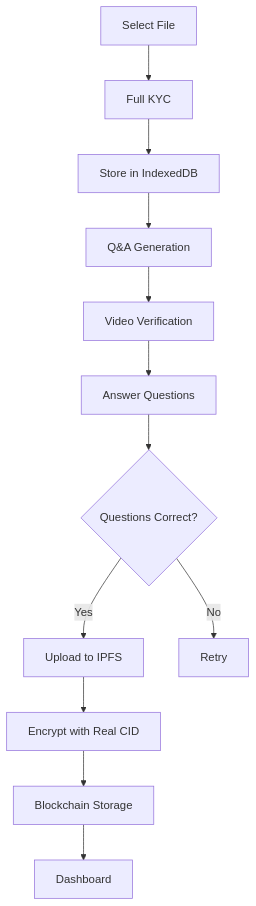
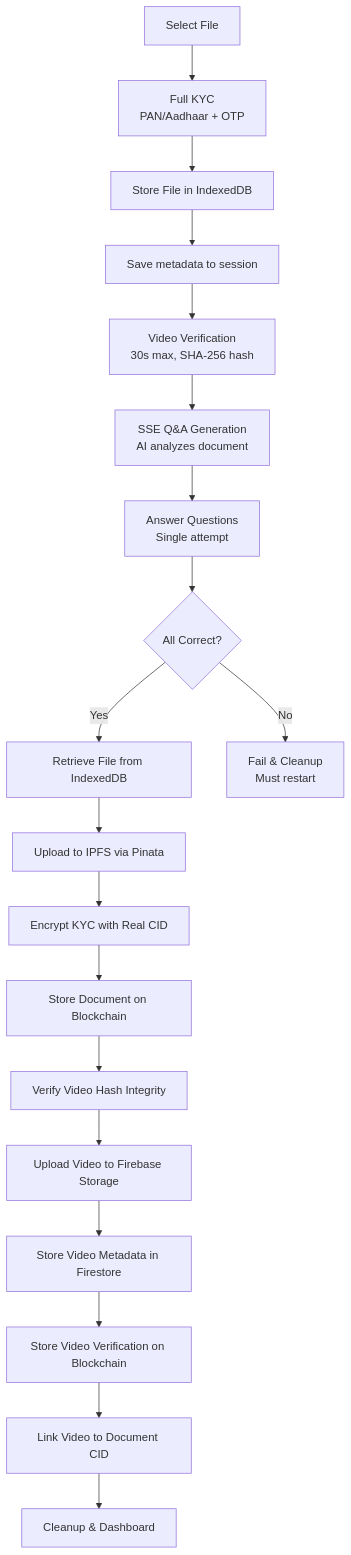
Before and after one commit to vibhasdutta/Eviblockv2.0: the third of 3 diagrams in src/evilblock_frontend/README.md, drawn with Mermaid. The commit also changed other lines of this file and 26 other files, not shown here.

````diff
--- a/src/evilblock_frontend/README.md
+++ b/src/evilblock_frontend/README.md
@@ -375,14 +442,21 @@
 ```mermaid
 graph TB
-    A[Select File] --> B[Full KYC]
-    B --> C[Store in IndexedDB]
-    C --> D[Q&A Generation]
-    D --> E[Video Verification]
-    E --> F[Answer Questions]
-    F --> G{Questions Correct?}
-    G -->|Yes| H[Upload to IPFS]
-    G -->|No| I[Retry]
-    H --> J[Encrypt with Real CID]
-    J --> K[Blockchain Storage]
-    K --> L[Dashboard]
+    A[Select File] --> B[Full KYC<br/>PAN/Aadhaar + OTP]
+    B --> C[Store File in IndexedDB]
+    C --> D[Save metadata to session]
+    D --> E[Video Verification<br/>30s max, SHA-256 hash]
+    E --> F[SSE Q&A Generation<br/>AI analyzes document]
+    F --> G[Answer Questions<br/>Single attempt]
+    G --> H{All Correct?}
+    H -->|Yes| I[Retrieve File from IndexedDB]
+    H -->|No| J[Fail & Cleanup<br/>Must restart]
+    I --> K[Upload to IPFS via Pinata]
+    K --> L[Encrypt KYC with Real CID]
+    L --> M[Store Document on Blockchain]
+    M --> N[Verify Video Hash Integrity]
+    N --> O[Upload Video to Firebase Storage]
+    O --> P[Store Video Metadata in Firestore]
+    P --> Q[Store Video Verification on Blockchain]
+    Q --> R[Link Video to Document CID]
+    R --> S[Cleanup & Dashboard]
 ```
````
